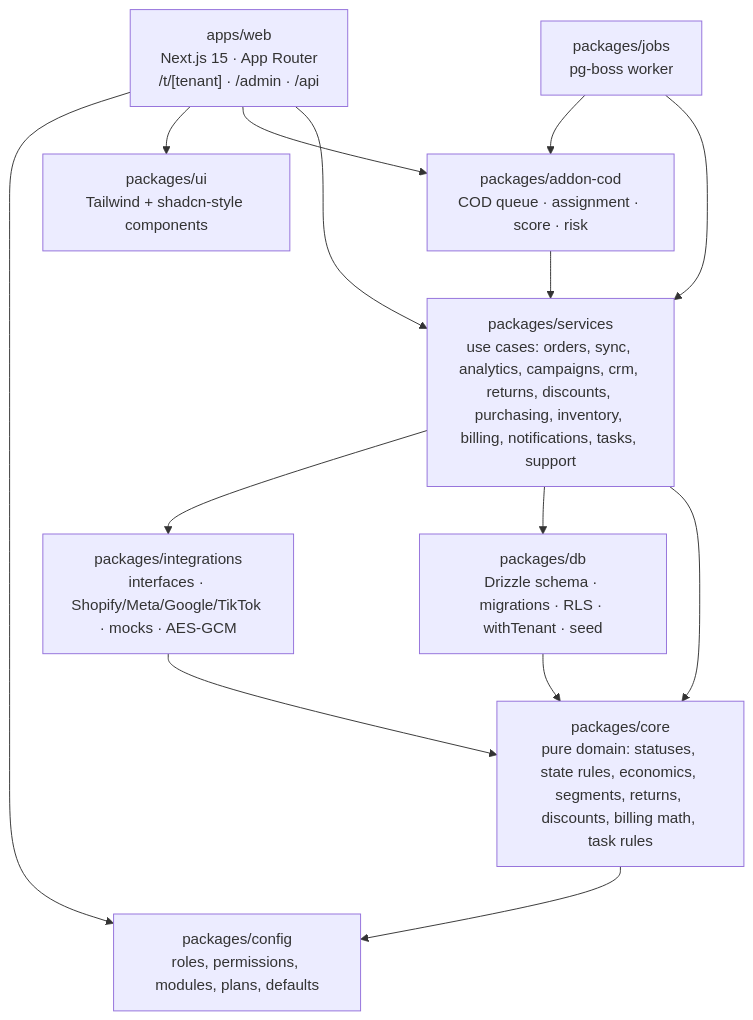
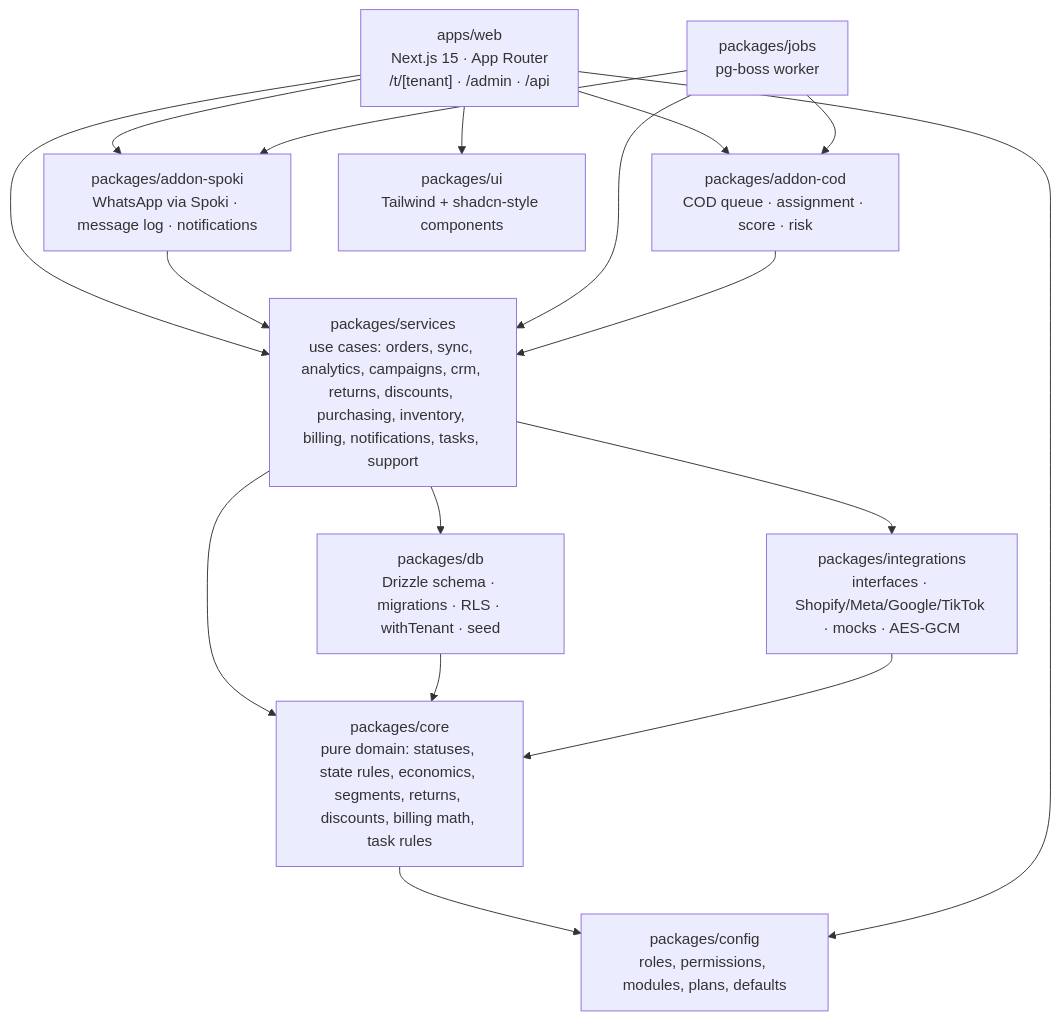
One commit to Federico1927/keel changed the first of 8 diagrams in docs/ARCHITECTURE.md. Above: the diagram before and after it, drawn with Mermaid. The commit also changed other lines of this file and 70 other files, not shown here.

First line of the commit message:
Replay addon.whatsapp_spoki (#9) onto the renamed main

````diff
--- a/docs/ARCHITECTURE.md
+++ b/docs/ARCHITECTURE.md
@@ -7,27 +7,31 @@
 ```mermaid
 flowchart TD
   web["apps/web<br/>Next.js 15 · App Router<br/>/t/[tenant] · /admin · /api"]
   jobs["packages/jobs<br/>pg-boss worker"]
   cod["packages/addon-cod<br/>COD queue · assignment · score · risk"]
   %% addon.subscriptions lives in core/services/integrations behind its module flag
+  spoki["packages/addon-spoki<br/>WhatsApp via Spoki · message log · notifications"]
   services["packages/services<br/>use cases: orders, sync, analytics, campaigns, crm, returns, discounts, purchasing, inventory, billing, notifications, tasks, support"]
   core["packages/core<br/>pure domain: statuses, state rules, economics, segments, returns, discounts, billing math, task rules"]
   db["packages/db<br/>Drizzle schema · migrations · RLS · withTenant · seed"]
   integrations["packages/integrations<br/>interfaces · Shopify/Meta/Google/TikTok · mocks · AES-GCM"]
   config["packages/config<br/>roles, permissions, modules, plans, defaults"]
   ui["packages/ui<br/>Tailwind + shadcn-style components"]
 
   web --> services
   web --> cod
+  web --> spoki
+  jobs --> spoki
+  spoki --> services
   web --> ui
   jobs --> services
   jobs --> cod
   cod --> services
   services --> core
   services --> db
   services --> integrations
   db --> core
   integrations --> core
   core --> config
   web --> config
 ```
````
